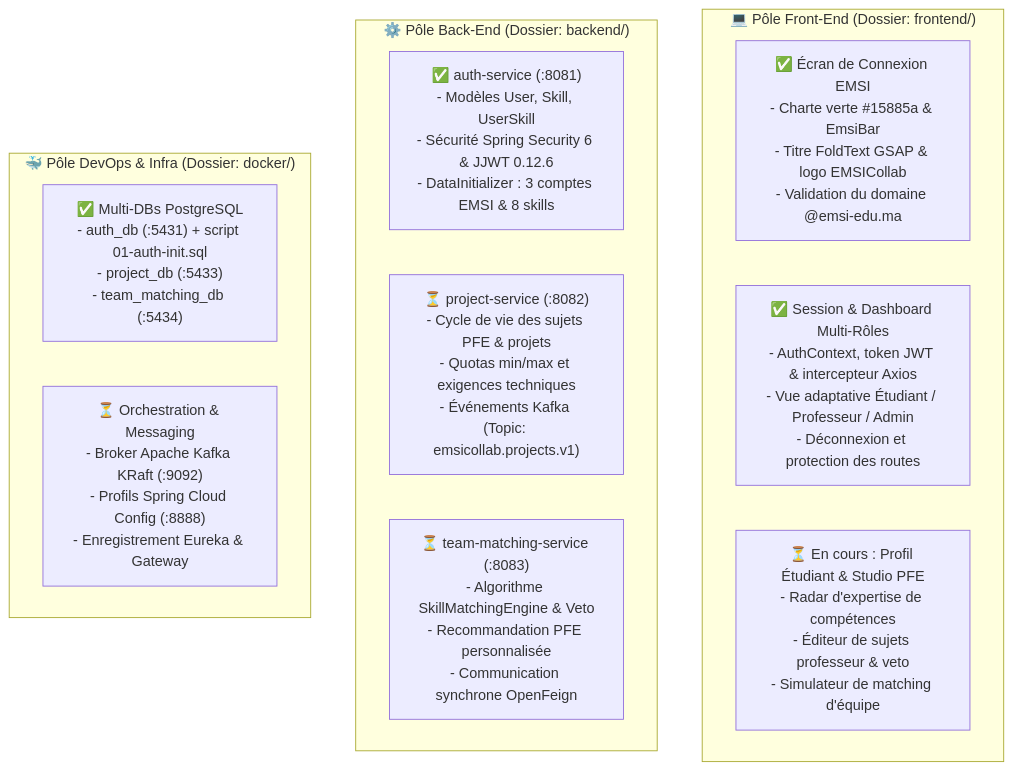
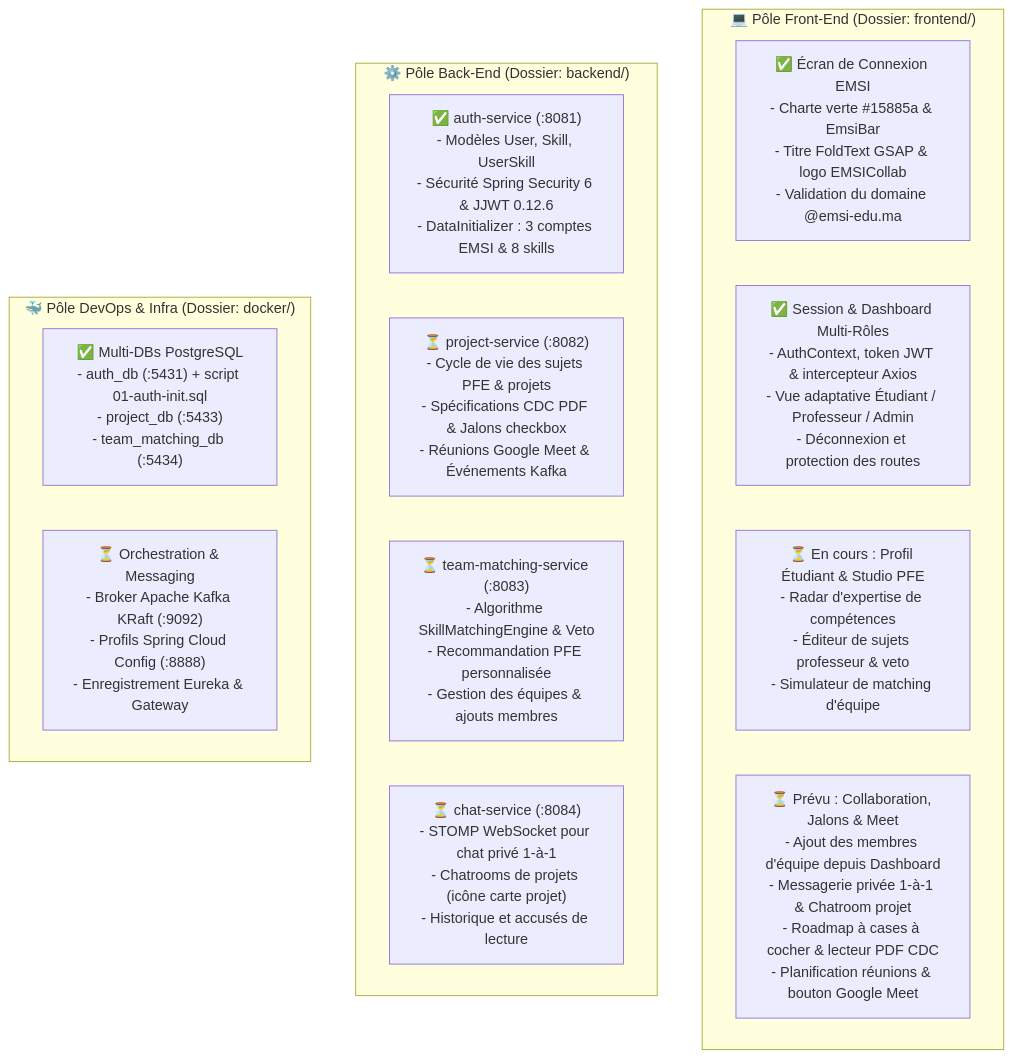
The ninth of 9 diagrams in README.md (Arhrid-Hamza/SmartCollab), drawn with Mermaid before and after one commit. The commit also changed other lines of this file and 1 other file, not shown here.

Commit message:
docs: enrich README and ABOUT with collaborative features, chatroom, milestones checkboxes, PDF CDC, and Google Meet

````diff
--- a/README.md
+++ b/README.md
@@ -800,19 +1036,21 @@
 ```mermaid
 flowchart TD
     subgraph Pôle_Front["💻 Pôle Front-End (Dossier: frontend/)"]
         F1["✅ Écran de Connexion EMSI\n- Charte verte #15885a & EmsiBar\n- Titre FoldText GSAP & logo EMSICollab\n- Validation du domaine @emsi-edu.ma"]
         F2["✅ Session & Dashboard Multi-Rôles\n- AuthContext, token JWT & intercepteur Axios\n- Vue adaptative Étudiant / Professeur / Admin\n- Déconnexion et protection des routes"]
         F3["⏳ En cours : Profil Étudiant & Studio PFE\n- Radar d'expertise de compétences\n- Éditeur de sujets professeur & veto\n- Simulateur de matching d'équipe"]
+        F4["⏳ Prévu : Collaboration, Jalons & Meet\n- Ajout des membres d'équipe depuis Dashboard\n- Messagerie privée 1-à-1 & Chatroom projet\n- Roadmap à cases à cocher & lecteur PDF CDC\n- Planification réunions & bouton Google Meet"]
     end
 
     subgraph Pôle_Back["⚙️ Pôle Back-End (Dossier: backend/)"]
         B1["✅ auth-service (:8081)\n- Modèles User, Skill, UserSkill\n- Sécurité Spring Security 6 & JJWT 0.12.6\n- DataInitializer : 3 comptes EMSI & 8 skills"]
-        B2["⏳ project-service (:8082)\n- Cycle de vie des sujets PFE & projets\n- Quotas min/max et exigences techniques\n- Événements Kafka (Topic: emsicollab.projects.v1)"]
-        B3["⏳ team-matching-service (:8083)\n- Algorithme SkillMatchingEngine & Veto\n- Recommandation PFE personnalisée\n- Communication synchrone OpenFeign"]
+        B2["⏳ project-service (:8082)\n- Cycle de vie des sujets PFE & projets\n- Spécifications CDC PDF & Jalons checkbox\n- Réunions Google Meet & Événements Kafka"]
+        B3["⏳ team-matching-service (:8083)\n- Algorithme SkillMatchingEngine & Veto\n- Recommandation PFE personnalisée\n- Gestion des équipes & ajouts membres"]
+        B4["⏳ chat-service (:8084)\n- STOMP WebSocket pour chat privé 1-à-1\n- Chatrooms de projets (icône carte projet)\n- Historique et accusés de lecture"]
     end
 
     subgraph Pôle_DevOps["🐳 Pôle DevOps & Infra (Dossier: docker/)"]
         D1["✅ Multi-DBs PostgreSQL\n- auth_db (:5431) + script 01-auth-init.sql\n- project_db (:5433)\n- team_matching_db (:5434)"]
         D2["⏳ Orchestration & Messaging\n- Broker Apache Kafka KRaft (:9092)\n- Profils Spring Cloud Config (:8888)\n- Enregistrement Eureka & Gateway"]
     end
 ```
````
